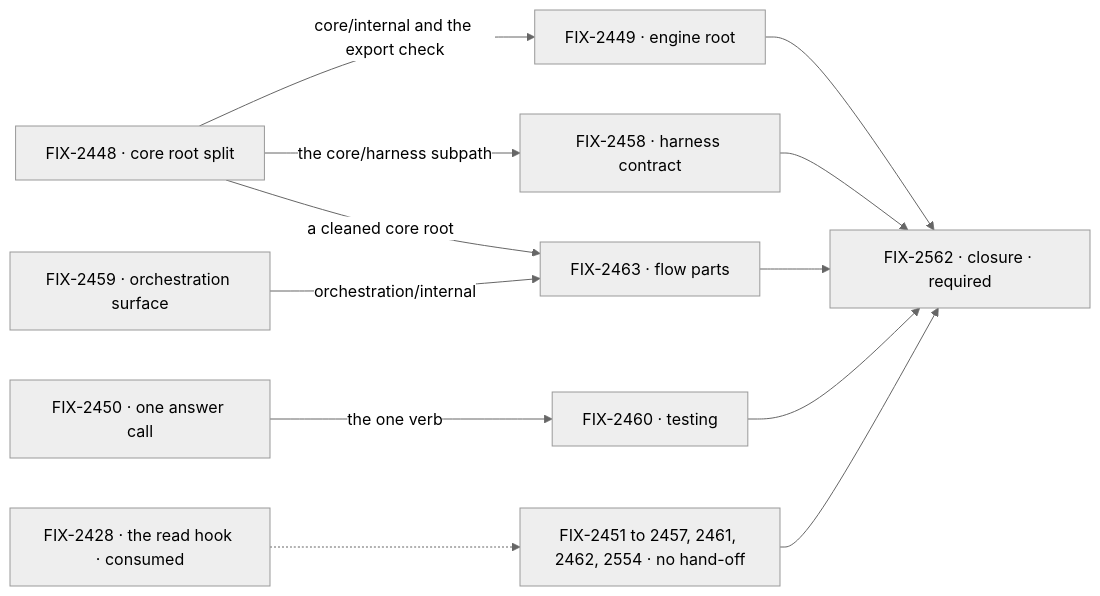
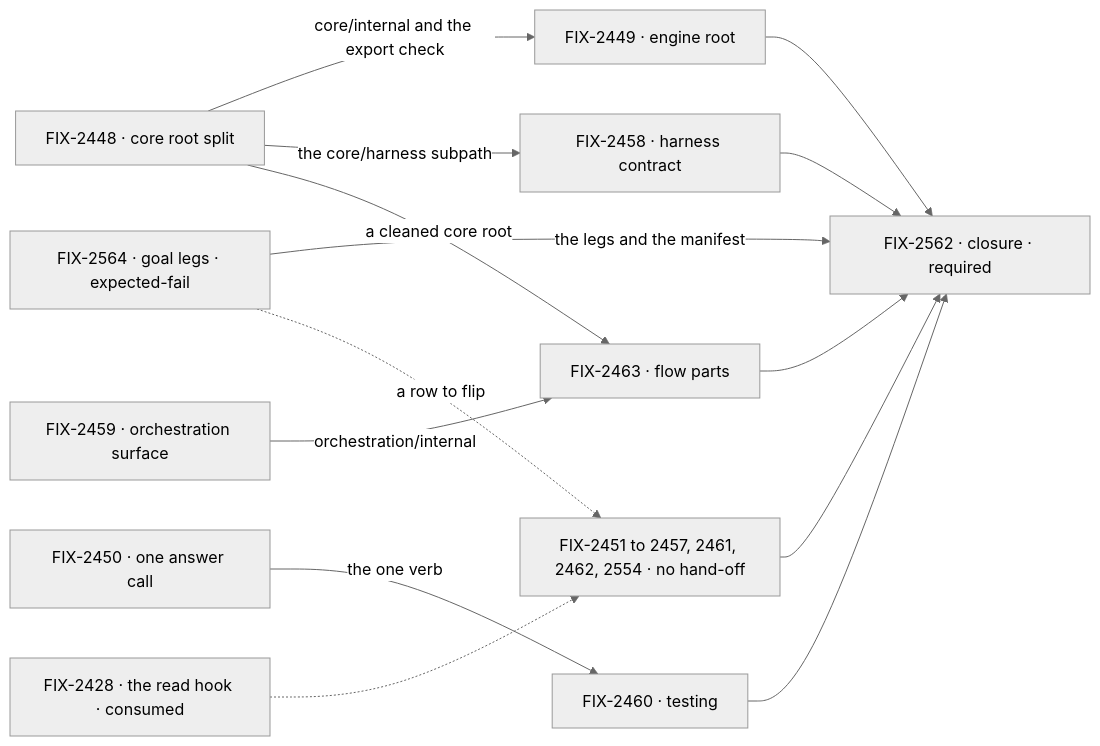
The second of 2 diagrams in specs/epics/FIX-2447/SPEC.md (fixpoint-labs/flow-state-dev), drawn with Mermaid (neutral theme) before and after one commit. The commit also changed other lines of this file and 4 other files, not shown here.

First line of the commit message:
spec(epic): fold goal legs first and review round 1 on FIX-2447

````diff
--- a/specs/epics/FIX-2447/SPEC.md
+++ b/specs/epics/FIX-2447/SPEC.md
@@ -118,15 +125,17 @@
 ```mermaid
 flowchart LR
   A["FIX-2448 · core root split"] -->|"core/internal and the export check"| B["FIX-2449 · engine root"]
   A -->|"the core/harness subpath"| H["FIX-2458 · harness contract"]
   A -->|"a cleaned core root"| P["FIX-2463 · flow parts"]
   O["FIX-2459 · orchestration surface"] -->|"orchestration/internal"| P
   R["FIX-2450 · one answer call"] -->|"the one verb"| T["FIX-2460 · testing"]
   G["FIX-2451 to 2457, 2461, 2462, 2554 · no hand-off"]
+  Q["FIX-2564 · goal legs · expected-fail"] -->|"the legs and the manifest"| C
+  Q -.->|"a row to flip"| G
   X["FIX-2428 · the read hook · consumed"] -.-> G
   B --> C["FIX-2562 · closure · required"]
   H --> C
   P --> C
   T --> C
   G --> C
 ```
````
